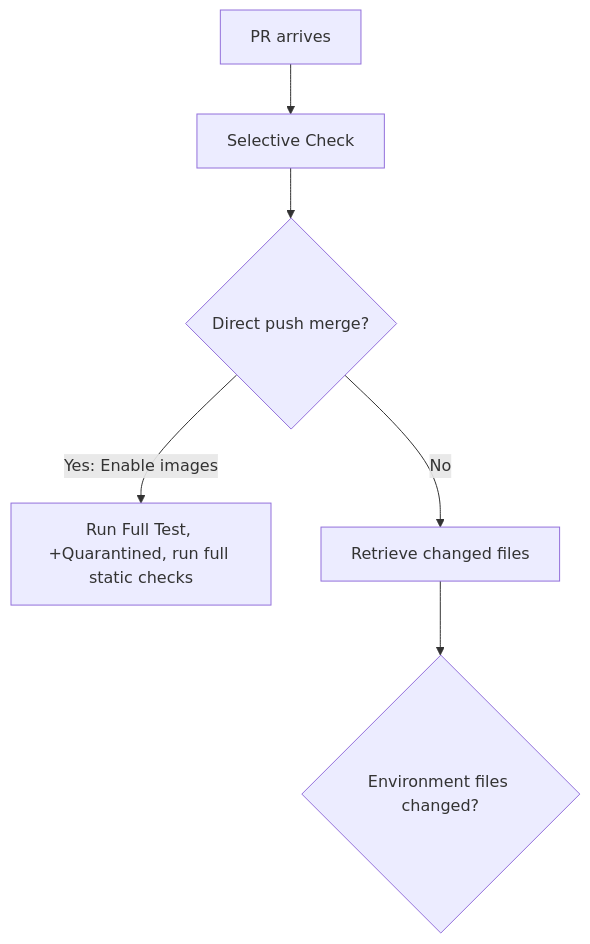
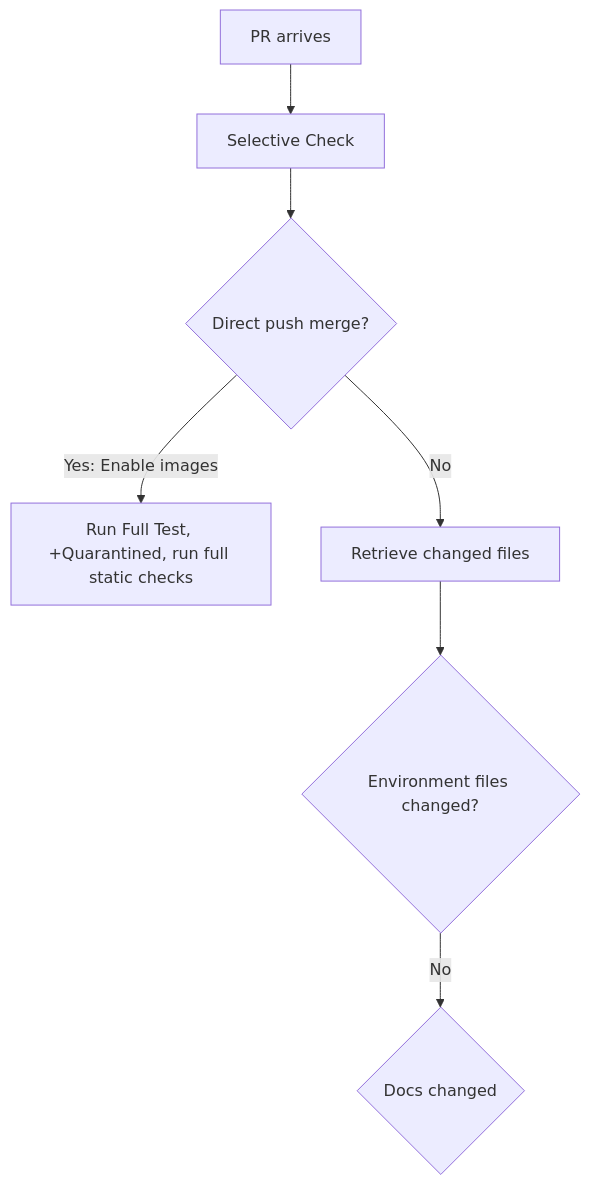
One commit to edithturn/golang-training changed the diagram in README.md. Above: the diagram before and after it, drawn with Mermaid. The commit also changed other lines of this file, not shown here.

Commit message:
test mermaid

````diff
--- a/README.md
+++ b/README.md
@@ -7,8 +7,9 @@
 ```mermaid
 flowchart TD
 A[PR arrives]-->B[Selective Check]
 B-->C{Direct push merge?}
 C-->|Yes: Enable images| D[Run Full Test, +Quarantined, run full static checks]
 C-->|No| E[Retrieve changed files]
 E-->F{Environment files changed?}
+F-->|No| G{Docs changed}
 ```
````
